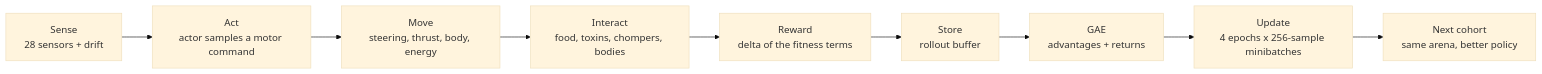
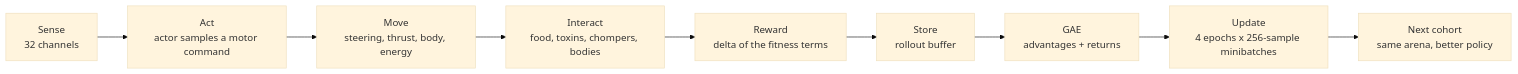
The diagram in README.md (abanerjee84/HELMINTH-PPO), drawn with Mermaid (base theme) before and after one commit. The commit also changed other lines of this file and 14 other files, not shown here.

````diff
--- a/README.md
+++ b/README.md
@@ -143,11 +143,11 @@
 ```mermaid
 flowchart LR
-    A["Sense<br/>28 sensors + drift"] --> B["Act<br/>actor samples a motor command"]
+    A["Sense<br/>32 channels"] --> B["Act<br/>actor samples a motor command"]
     B --> C["Move<br/>steering, thrust, body, energy"]
     C --> D["Interact<br/>food, toxins, chompers, bodies"]
     D --> E["Reward<br/>delta of the fitness terms"]
     E --> F["Store<br/>rollout buffer"]
     F --> G["GAE<br/>advantages + returns"]
     G --> H["Update<br/>4 epochs x 256-sample minibatches"]
     H --> I["Next cohort<br/>same arena, better policy"]
 ```
````
